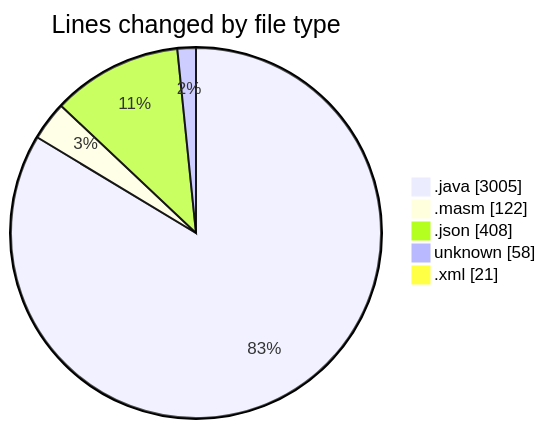
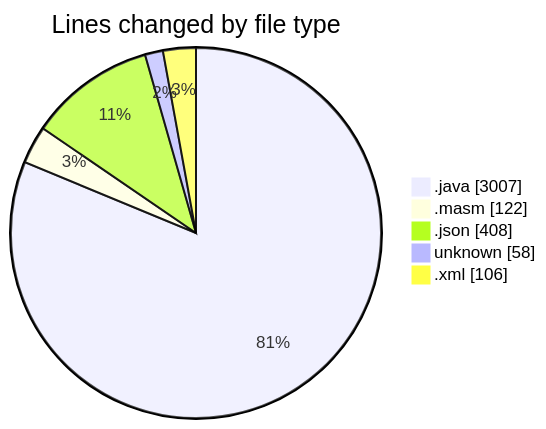
Before and after one commit to charlie-sans/code-tracking: the first of 2 diagrams in 2025-02-19/masm/README.md, drawn with Mermaid. The commit also changed other lines of this file and 1 other file, not shown here.

````diff
--- a/2025-02-19/masm/README.md
+++ b/2025-02-19/masm/README.md
@@ -35,9 +36,9 @@
 ```mermaid
 pie showData
 title Lines changed by file type
-".java" : 3005
+".java" : 3007
 ".masm" : 122
 ".json" : 408
 "unknown" : 58
-".xml" : 21
+".xml" : 106
 ```
````
